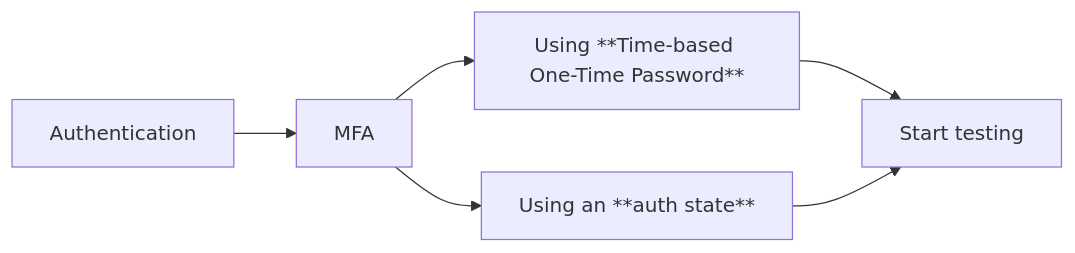
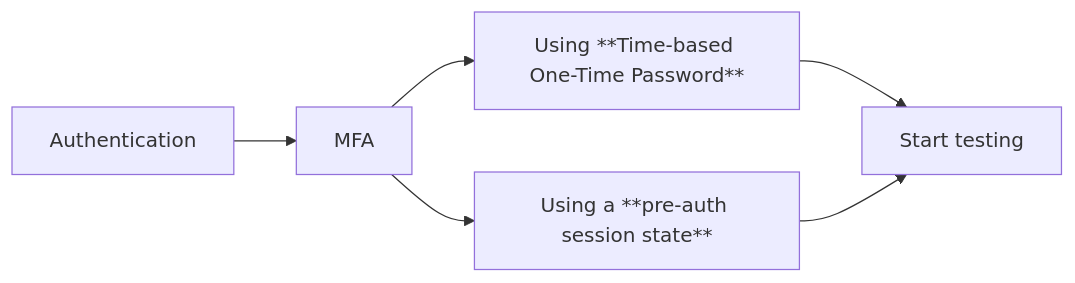
Before and after one commit to estruyf/presentation-web-quality-playwright: the diagram in .demo/slides/auth.md, drawn with Mermaid. The commit also changed other lines of this file and 1 other file, not shown here.

````diff
--- a/.demo/slides/auth.md
+++ b/.demo/slides/auth.md
@@ -78,14 +78,14 @@
 ```mermaid
 flowchart LR
   a[Authentication]
   c[MFA]
   d[Using **Time-based One-Time Password**]
-  e[Using an **auth state**]
+  e[Using a **pre-auth session state**]
   f[Start testing]
 
   a --> c
   c --> d
   d --> f
   c --> e
   e --> f
 ```
````
